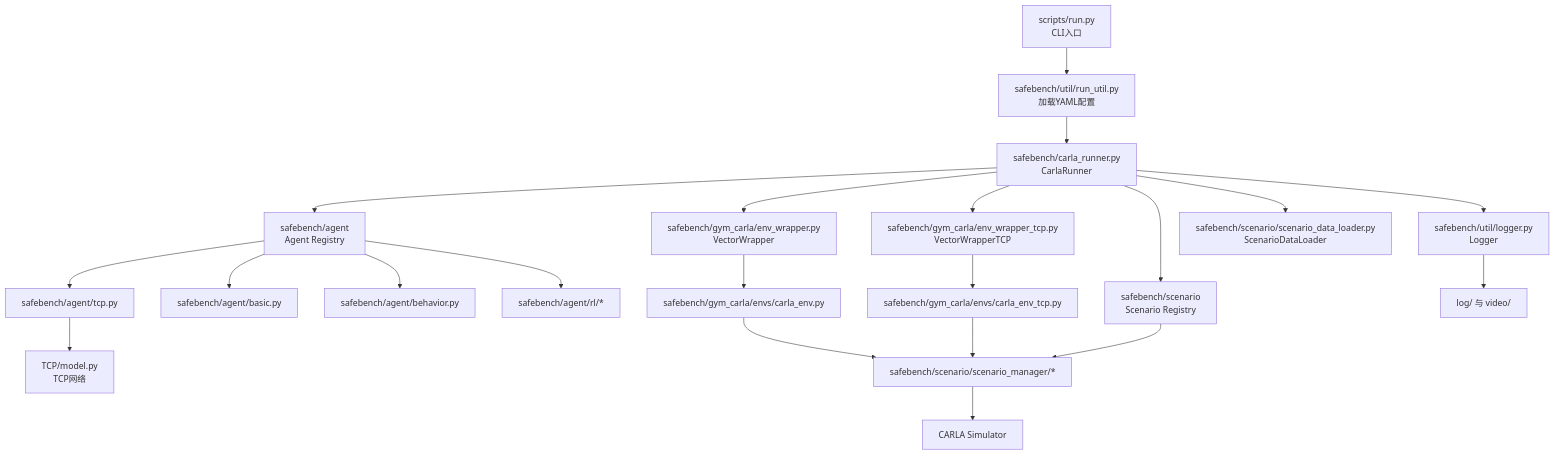
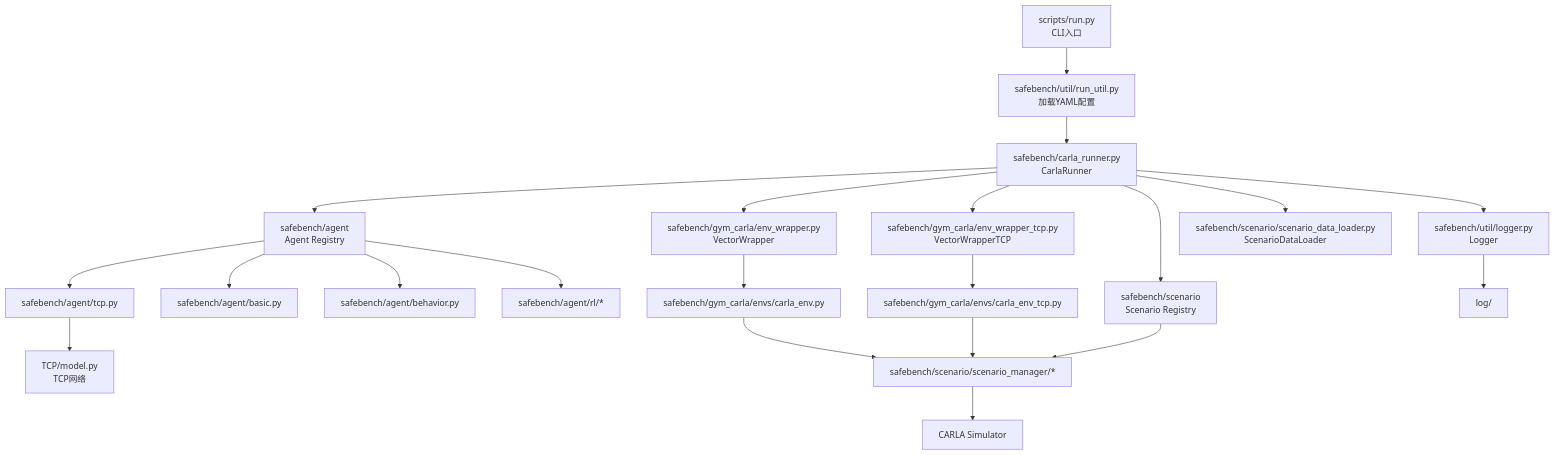
One commit to mingxili2208/GUISafeBenchHK changed the diagram in README.md. Above: the diagram before and after it, drawn with Mermaid. The commit also changed other lines of this file and 102 other files, not shown here.

````diff
--- a/README.md
+++ b/README.md
@@ -40,29 +166,29 @@
 ```mermaid
 flowchart TD
     A[scripts/run.py\nCLI入口] --> B[safebench/util/run_util.py\n加载YAML配置]
     B --> C[safebench/carla_runner.py\nCarlaRunner]
 
     C --> D[safebench/agent\nAgent Registry]
     C --> E[safebench/scenario\nScenario Registry]
     C --> F[safebench/gym_carla/env_wrapper.py\nVectorWrapper]
     C --> G[safebench/gym_carla/env_wrapper_tcp.py\nVectorWrapperTCP]
     C --> H[safebench/util/logger.py\nLogger]
     C --> I[safebench/scenario/scenario_data_loader.py\nScenarioDataLoader]
 
     D --> D1[safebench/agent/basic.py]
     D --> D2[safebench/agent/behavior.py]
     D --> D3[safebench/agent/rl/*]
     D --> D4[safebench/agent/tcp.py]
 
     D4 --> J[TCP/model.py\nTCP网络]
 
     F --> K[safebench/gym_carla/envs/carla_env.py]
     G --> L[safebench/gym_carla/envs/carla_env_tcp.py]
 
     K --> M[safebench/scenario/scenario_manager/*]
     L --> M
     E --> M
 
     M --> N[CARLA Simulator]
-    H --> O[log/ 与 video/]
+    H --> O[log/]
 ```
````
